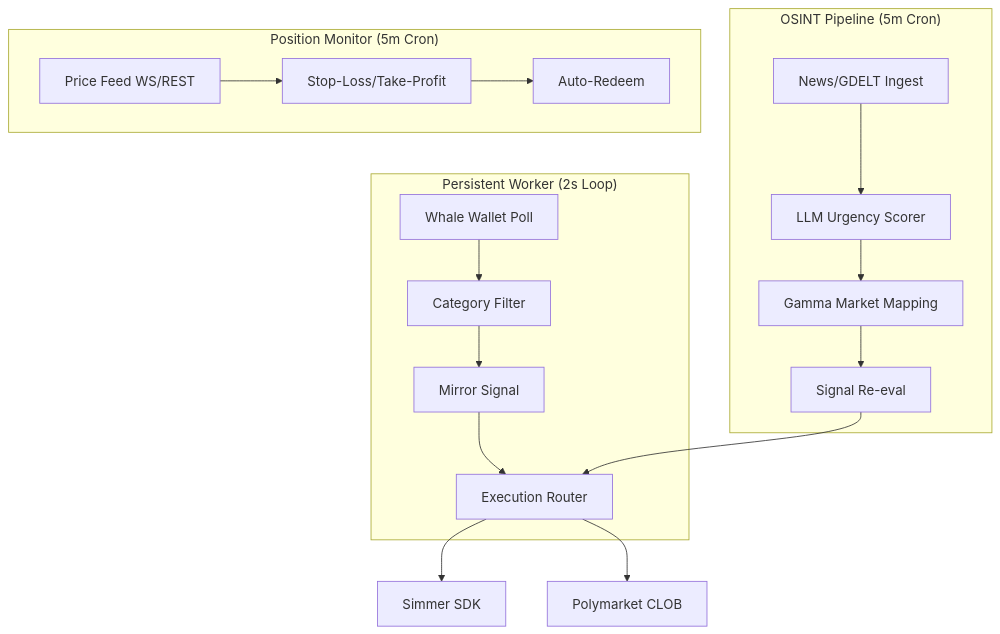
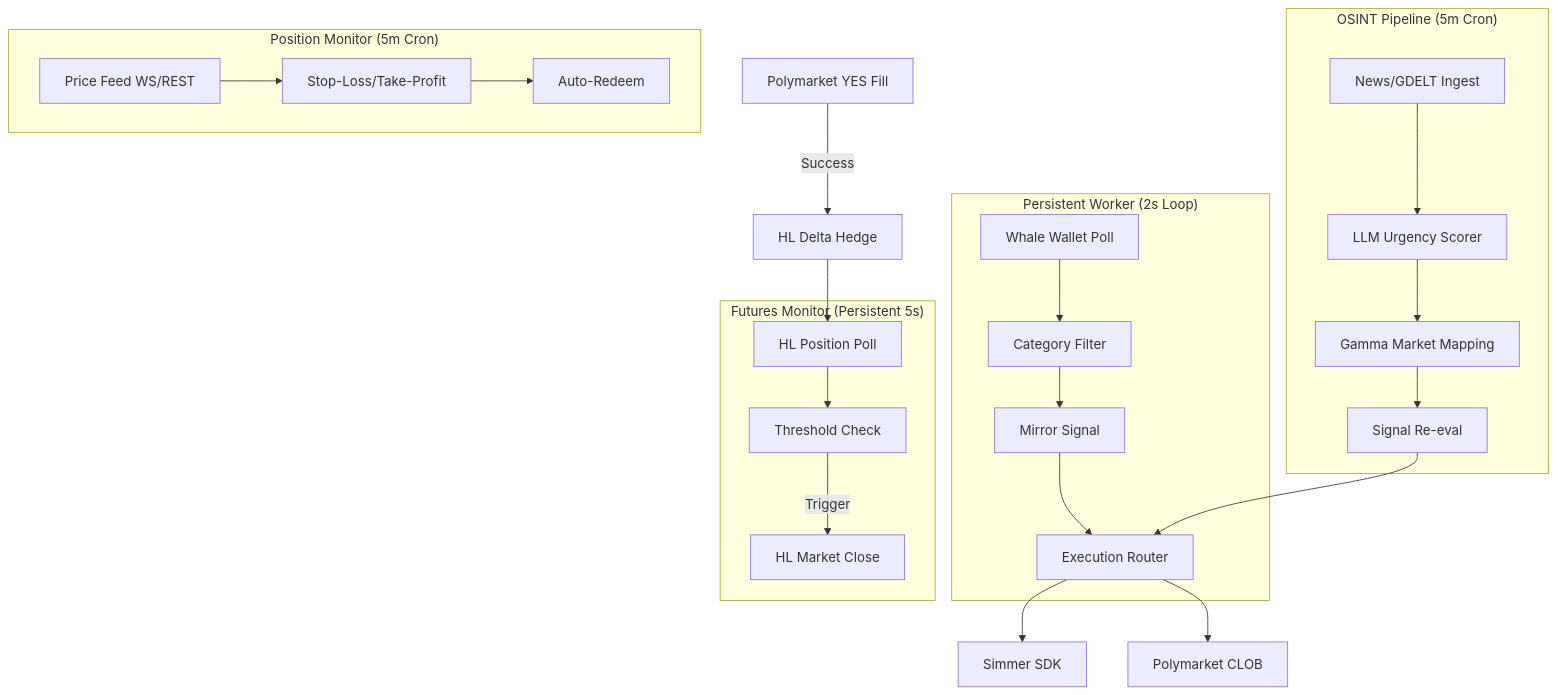
Before and after one commit to romeo-folie/polyhype-bot: the diagram in README.md, drawn with Mermaid. The commit also changed other lines of this file and 19 other files, not shown here.

````diff
--- a/README.md
+++ b/README.md
@@ -12,23 +12,31 @@
 ```mermaid
 graph TD
     subgraph "Persistent Worker (2s Loop)"
         W1[Whale Wallet Poll] --> W2[Category Filter]
         W2 --> W3[Mirror Signal]
         W3 --> EXEC[Execution Router]
     end
 
     subgraph "OSINT Pipeline (5m Cron)"
         O1[News/GDELT Ingest] --> O2[LLM Urgency Scorer]
         O2 --> O3[Gamma Market Mapping]
         O3 --> O4[Signal Re-eval]
         O4 --> EXEC
     end
 
     EXEC --> S[Simmer SDK]
     EXEC --> C[Polymarket CLOB]
     
     subgraph "Position Monitor (5m Cron)"
         M1[Price Feed WS/REST] --> M2[Stop-Loss/Take-Profit]
         M2 --> M3[Auto-Redeem]
     end
+
+    subgraph "Futures Monitor (Persistent 5s)"
+        F1[HL Position Poll] --> F2[Threshold Check]
+        F2 -->|Trigger| F3[HL Market Close]
+    end
+
+    PM_Trade[Polymarket YES Fill] -->|Success| Hedge[HL Delta Hedge]
+    Hedge --> F1
 ```
````
